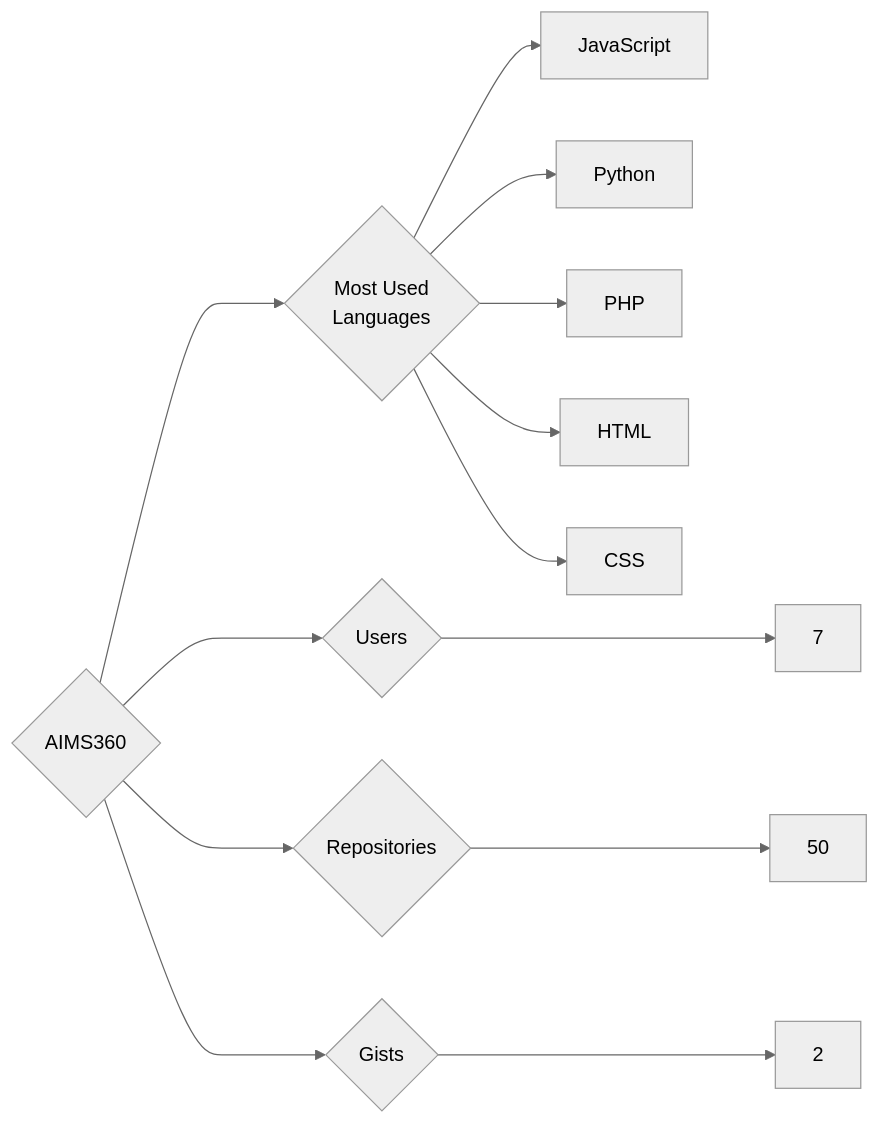
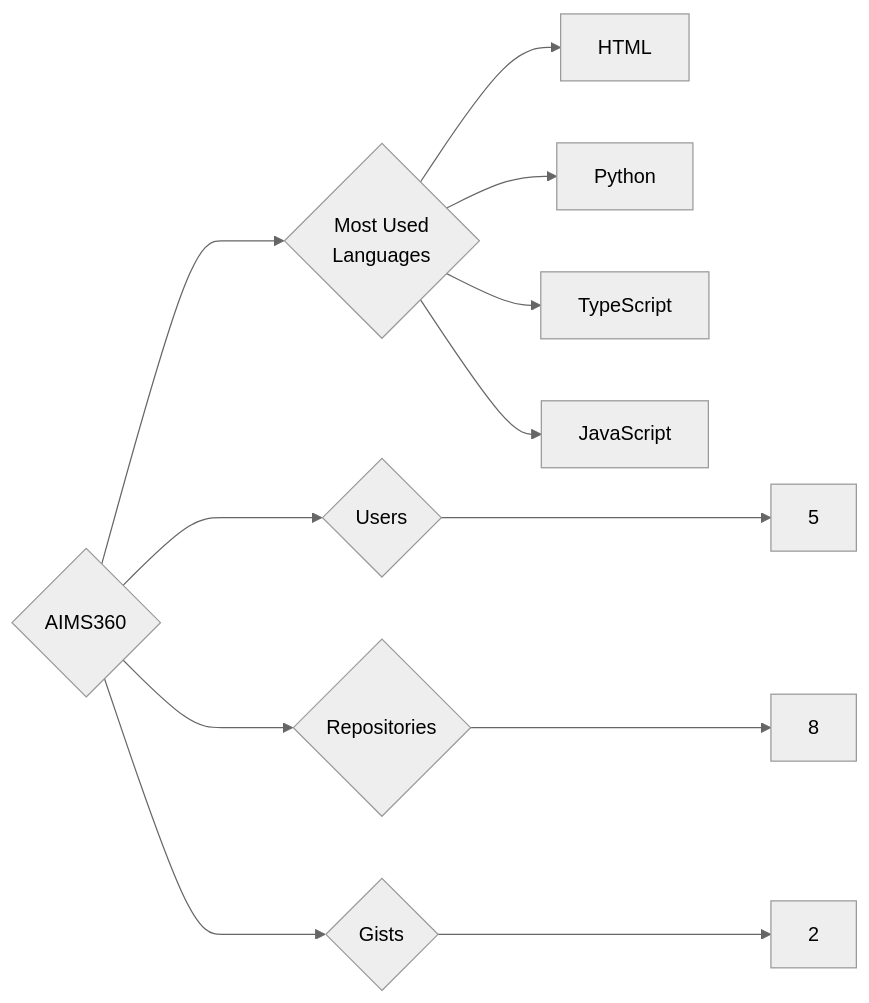
Before and after one commit to trickest/insiders: the diagram in targets/AIMS360/README.md, drawn with Mermaid (neutral theme). The commit also changed 1149 other files, not shown here.

````diff
--- a/targets/AIMS360/README.md
+++ b/targets/AIMS360/README.md
@@ -3,13 +3,12 @@
 ```mermaid
 graph LR
 COMPANY_NAME{AIMS360}
-COMPANY_NAME ---> U{Users} ---> UN[7]
-COMPANY_NAME ---> R{Repositories} ---> RN[50]
+COMPANY_NAME ---> U{Users} ---> UN[5]
+COMPANY_NAME ---> R{Repositories} ---> RN[8]
 COMPANY_NAME ---> G{Gists} ---> GN[2]
 COMPANY_NAME ---> ML{Most Used<br>Languages}
+ML --> HTML[HTML]
+ML --> Python[Python]
+ML --> TypeScript[TypeScript]
 ML --> JavaScript[JavaScript]
-ML --> Python[Python]
-ML --> PHP[PHP]
-ML --> HTML[HTML]
-ML --> CSS[CSS]
 ```
````
